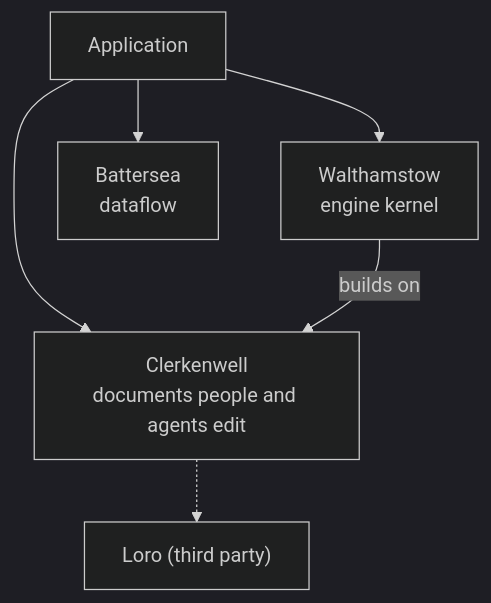
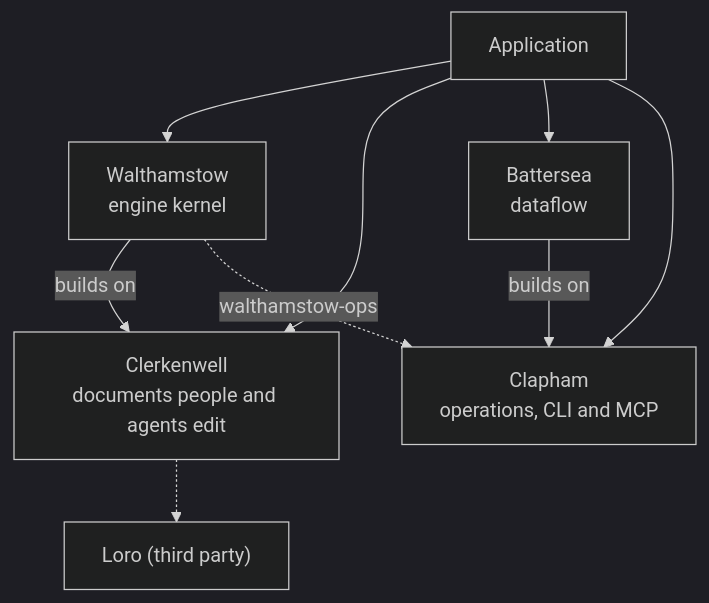
One commit to thirtytwobits/london changed the diagram in docs/overview.md. Above: the diagram before and after it, drawn with Mermaid (dark theme). The commit also changed other lines of this file and 4 other files, not shown here.

````diff
--- a/docs/overview.md
+++ b/docs/overview.md
@@ -18,8 +18,11 @@
 ```mermaid
 flowchart TD
     app["Application"] --> walthamstow["Walthamstow<br/>engine kernel"]
     app --> clerkenwell["Clerkenwell<br/>documents people and agents edit"]
     app --> battersea["Battersea<br/>dataflow"]
+    app --> clapham["Clapham<br/>operations, CLI and MCP"]
     walthamstow -- builds on --> clerkenwell
+    battersea -- builds on --> clapham
+    walthamstow -.->|walthamstow-ops| clapham
     clerkenwell -.-> loro["Loro (third party)"]
 ```
````
